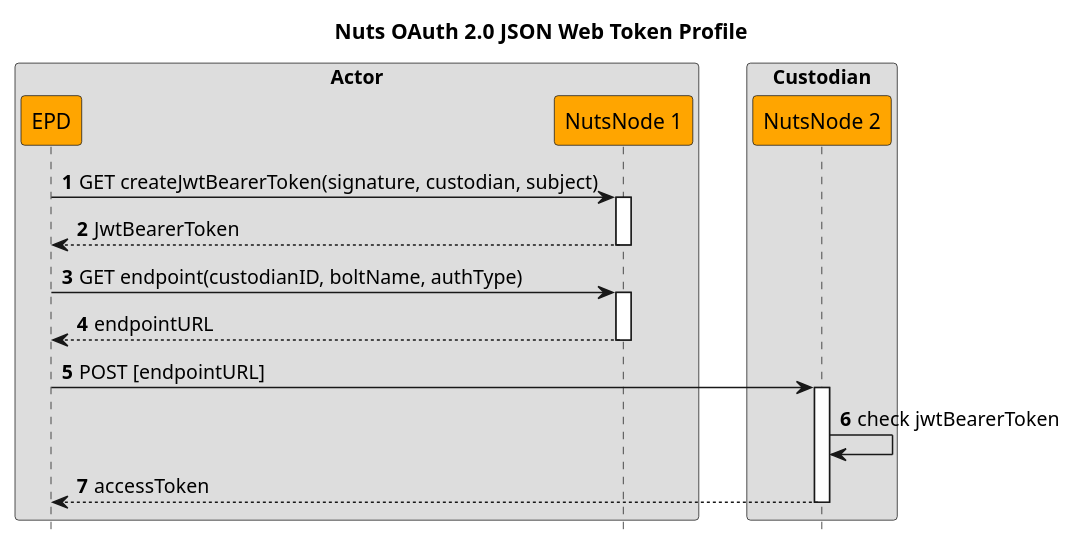
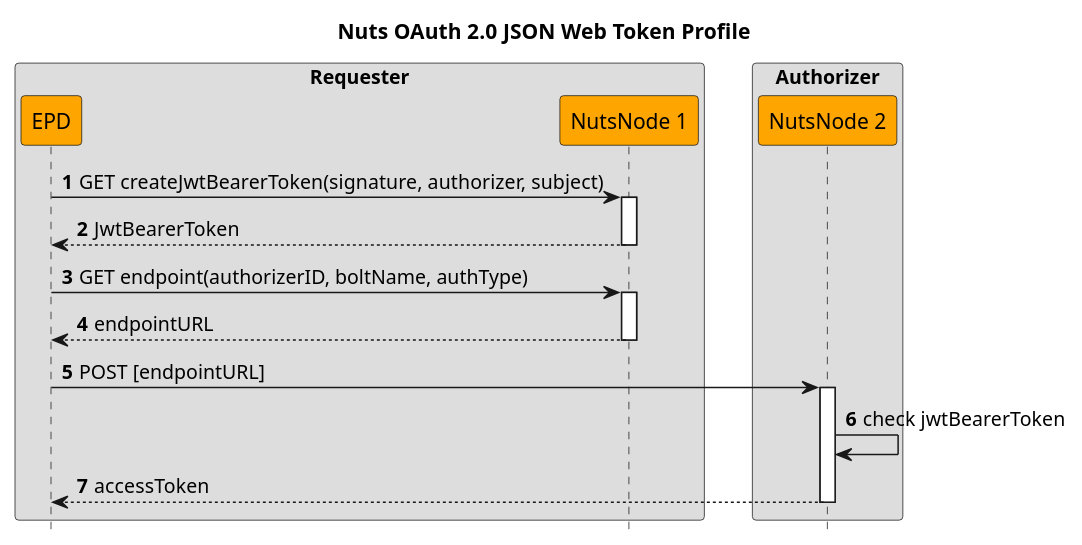
One commit to nuts-foundation/nuts-node changed the diagram in docs/_static/auth/oauth-flow.puml. Above: the diagram before and after it, drawn with PlantUML. The commit also changed 10 other files, not shown here.

Commit message:
Correctly rename oauth flow terminology

```diff
--- a/docs/_static/auth/oauth-flow.puml
+++ b/docs/_static/auth/oauth-flow.puml
@@ -1,40 +1,40 @@
 @startuml
 hide footbox
 skinparam roundcorner 5
 skinparam shadowing false
 skinparam sequence {
    ParticipantBackgroundColor orange
-   ActorBackgroundColor none
+   RequesterBackgroundColor none
 }
 skinparam BoxPadding 15
 
 title Nuts OAuth 2.0 JSON Web Token Profile
 autonumber
 
-box Actor
+box Requester
 participant "EPD" as EPD1
 participant "NutsNode 1" as NutsNode1
 endbox
 
-box Custodian
+box Authorizer
 participant "NutsNode 2" as NutsNode2
 endbox
 
-EPD1 -> NutsNode1 : GET createJwtBearerToken(signature, custodian, subject)
+EPD1 -> NutsNode1 : GET createJwtBearerToken(signature, authorizer, subject)
 activate NutsNode1
 return JwtBearerToken
 deactivate NutsNode1
 
-EPD1 -> NutsNode1 : GET endpoint(custodianID, boltName, authType)
+EPD1 -> NutsNode1 : GET endpoint(authorizerID, boltName, authType)
 activate NutsNode1
 return endpointURL
 deactivate NutsNode1
 
 EPD1 -> NutsNode2 : POST [endpointURL]
 activate NutsNode2
 NutsNode2 -> NutsNode2 : check jwtBearerToken
 NutsNode2 --> EPD1 : accessToken
 deactivate NutsNode2
 
 
 @enduml
```
